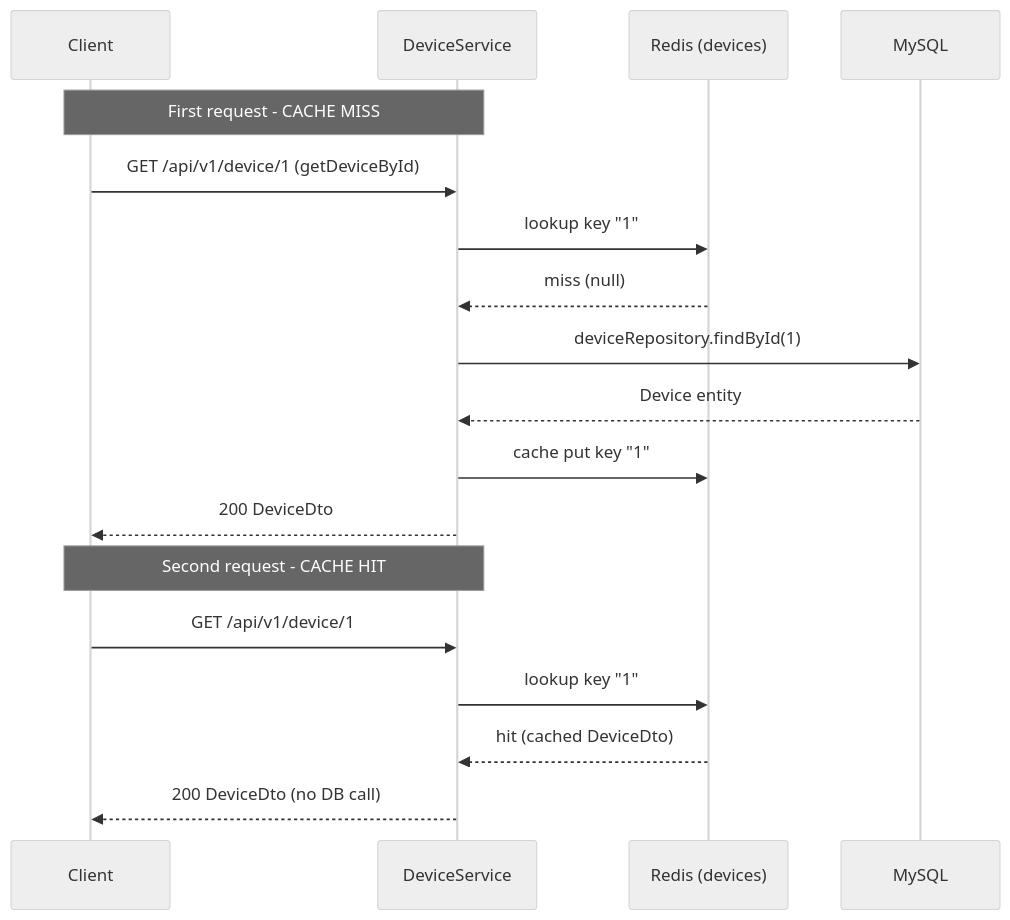
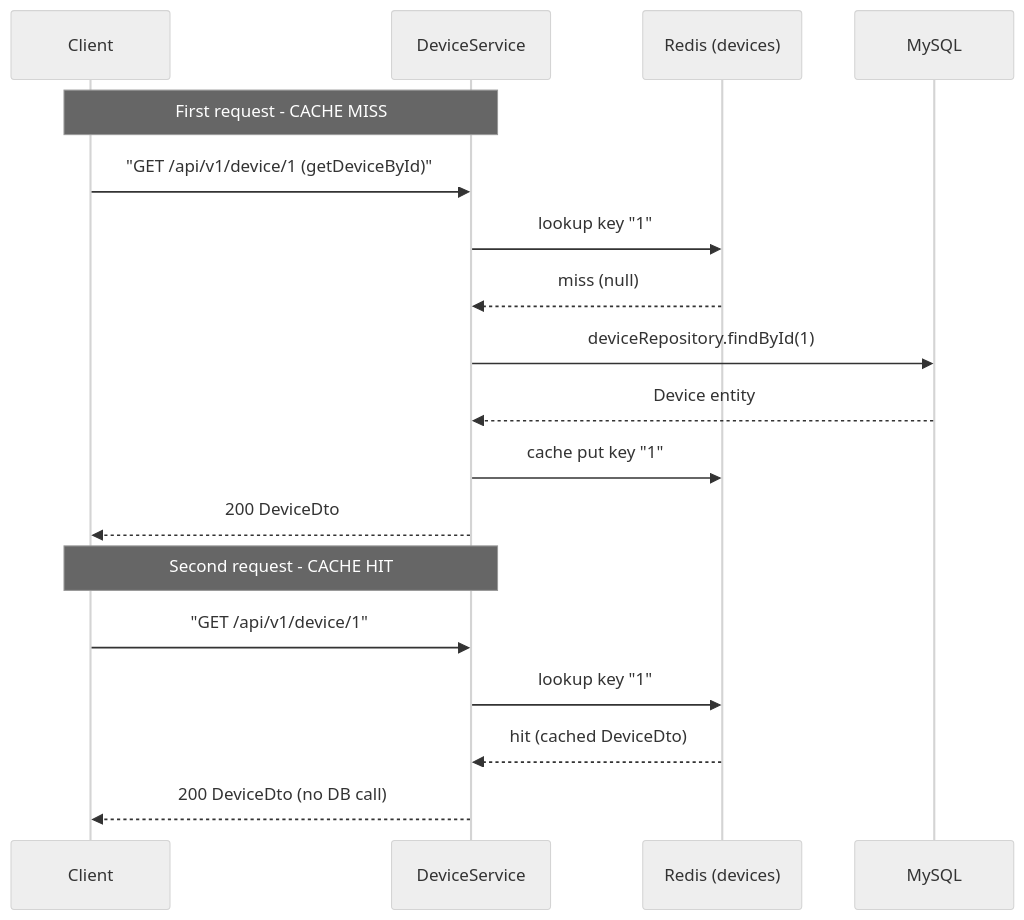
Before and after one commit to PagarciaSima/ENERGY_TRACKER_MICROSERVICES: the third of 3 diagrams in device-service/README.md, drawn with Mermaid (neutral theme). The commit also changed other lines of this file and 5 other files, not shown here.

````diff
--- a/device-service/README.md
+++ b/device-service/README.md
@@ -435,22 +435,22 @@
 ```mermaid
 sequenceDiagram
     participant Client as Client
     participant Service as DeviceService
     participant Cache as Redis (devices)
     participant DB as MySQL
 
     Note over Client,Service: First request - CACHE MISS
-    Client->>Service: GET /api/v1/device/1 (getDeviceById)
+    Client->>Service: "GET /api/v1/device/1 (getDeviceById)"
     Service->>Cache: lookup key "1"
     Cache-->>Service: miss (null)
     Service->>DB: deviceRepository.findById(1)
     DB-->>Service: Device entity
     Service->>Cache: cache put key "1"
     Service-->>Client: 200 DeviceDto
 
     Note over Client,Service: Second request - CACHE HIT
-    Client->>Service: GET /api/v1/device/1
+    Client->>Service: "GET /api/v1/device/1"
     Service->>Cache: lookup key "1"
     Cache-->>Service: hit (cached DeviceDto)
     Service-->>Client: 200 DeviceDto (no DB call)
 ```
````
